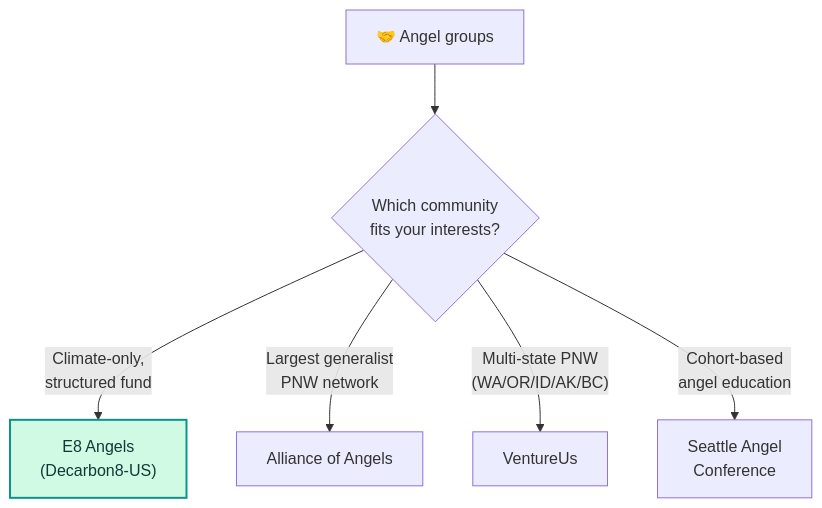
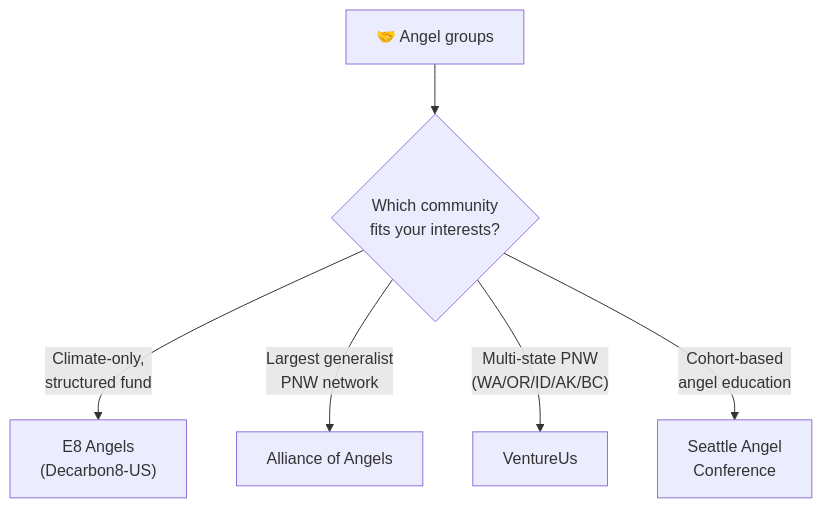
Before and after one commit to snocap/snocap.vc: the diagram in src/data/seattle-investors/angel.mmd, drawn with Mermaid. The commit also changed 5 other files, not shown here.

```diff
--- a/src/data/seattle-investors/angel.mmd
+++ b/src/data/seattle-investors/angel.mmd
@@ -1,9 +1,6 @@
 flowchart TD
     A1["🤝 Angel groups"] --> AQ{"Which community<br/>fits your interests?"}
     AQ -->|"Climate-only,<br/>structured fund"| AA["E8 Angels<br/>(Decarbon8-US)"]
     AQ -->|"Largest generalist<br/>PNW network"| AB["Alliance of Angels"]
     AQ -->|"Multi-state PNW<br/>(WA/OR/ID/AK/BC)"| AC["VentureUs"]
     AQ -->|"Cohort-based<br/>angel education"| AD["Seattle Angel<br/>Conference"]
-
-    classDef climate fill:#d1fae5,stroke:#0d9488,stroke-width:2px,color:#0f3a36
-    class AA climate
```
